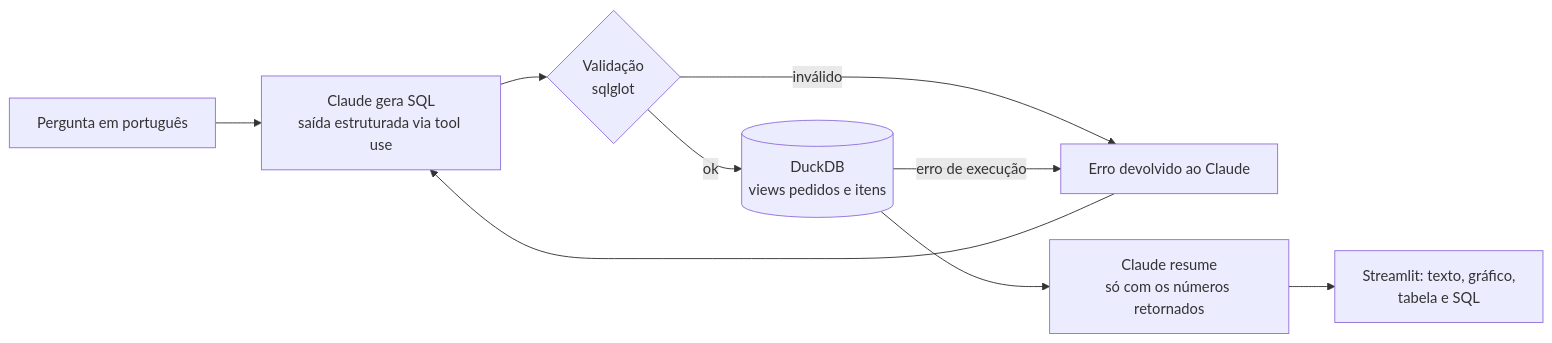
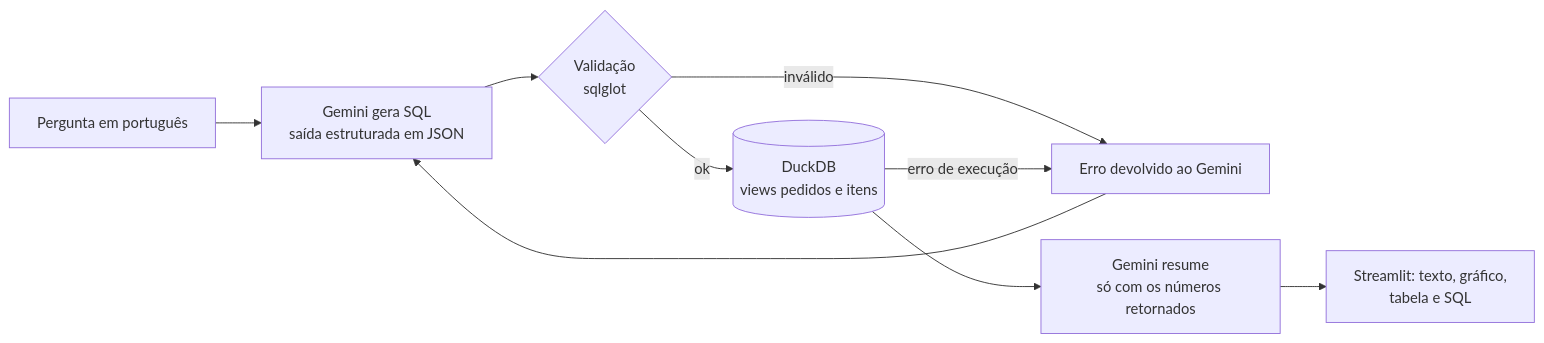
Before and after one commit to LeonhardtBN/copiloto-kpis-logisticos: the diagram in README.md, drawn with Mermaid. The commit also changed other lines of this file and 5 other files, not shown here.

First line of the commit message:
Troca o Claude pelo Gemini (plano gratuito)

````diff
--- a/README.md
+++ b/README.md
@@ -15,11 +15,11 @@
 ```mermaid
 flowchart LR
-    P[Pergunta em português] --> L1[Claude gera SQL<br/>saída estruturada via tool use]
+    P[Pergunta em português] --> L1[Gemini gera SQL<br/>saída estruturada em JSON]
     L1 --> G{Validação<br/>sqlglot}
-    G -- inválido --> F[Erro devolvido ao Claude]
+    G -- inválido --> F[Erro devolvido ao Gemini]
     F --> L1
     G -- ok --> D[(DuckDB<br/>views pedidos e itens)]
     D -- erro de execução --> F
-    D --> L2[Claude resume<br/>só com os números retornados]
+    D --> L2[Gemini resume<br/>só com os números retornados]
     L2 --> UI[Streamlit: texto, gráfico,<br/>tabela e SQL]
 ```
````
